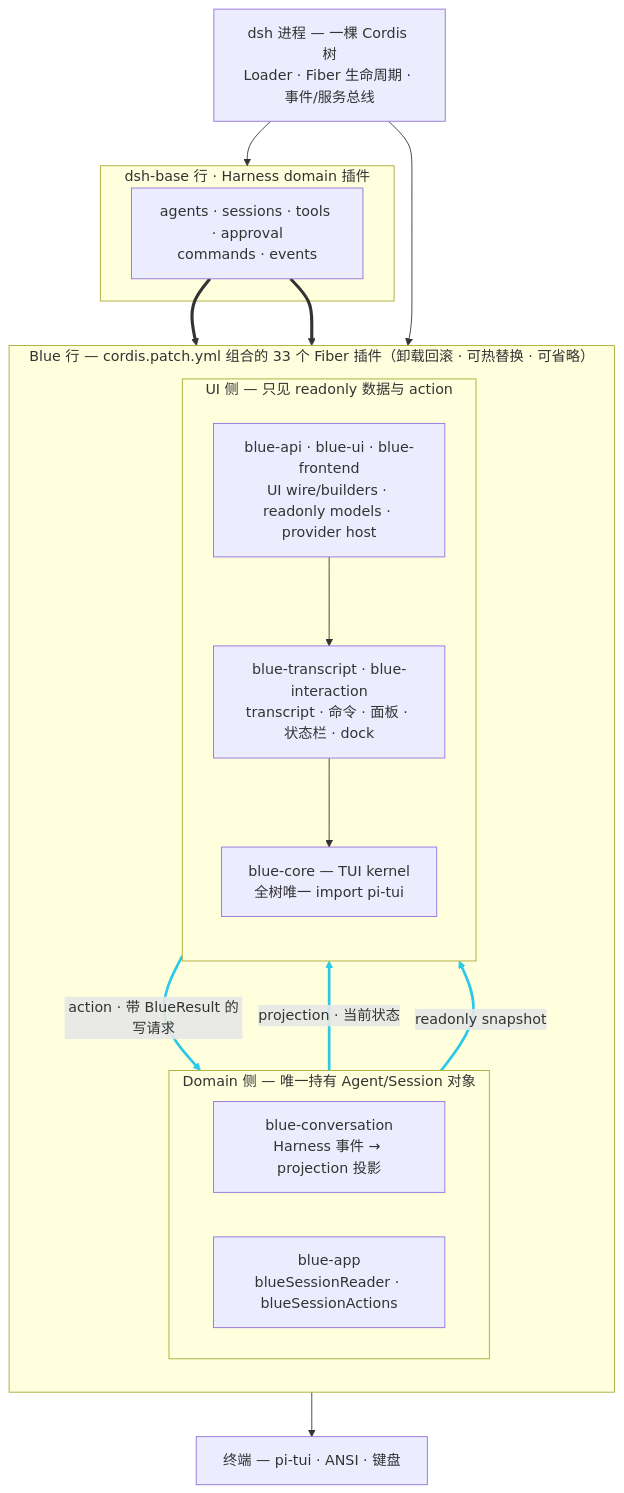
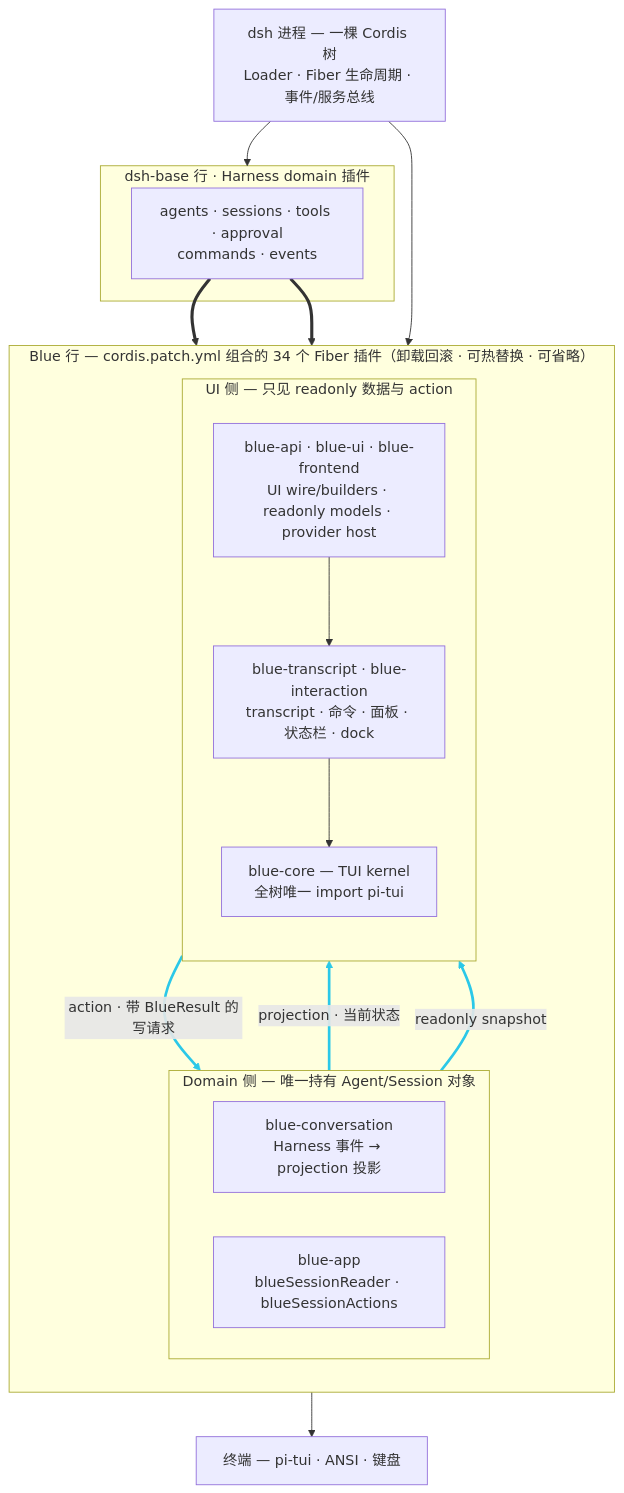
One commit to dsh-blue/blue changed the diagram in docs/diagrams/blue-layers.mmd. Above: the diagram before and after it, drawn with Mermaid. The commit also changed 195 other files, not shown here.

```diff
--- a/docs/diagrams/blue-layers.mmd
+++ b/docs/diagrams/blue-layers.mmd
@@ -1,36 +1,36 @@
 flowchart TB
     ROOT["dsh 进程 — 一棵 Cordis 树<br/>Loader · Fiber 生命周期 · 事件/服务总线"]
 
     subgraph BASE["dsh-base 行 · Harness domain 插件"]
         HAR["agents · sessions · tools · approval<br/>commands · events"]
     end
 
-    subgraph BLUE["Blue 行 — cordis.patch.yml 组合的 33 个 Fiber 插件（卸载回滚 · 可热替换 · 可省略）"]
+    subgraph BLUE["Blue 行 — cordis.patch.yml 组合的 34 个 Fiber 插件（卸载回滚 · 可热替换 · 可省略）"]
         direction TB
         subgraph DOM["Domain 侧 — 唯一持有 Agent/Session 对象"]
             direction LR
             CONV["blue-conversation<br/>Harness 事件 → projection 投影"]
             APP["blue-app<br/>blueSessionReader · blueSessionActions"]
         end
         subgraph UI["UI 侧 — 只见 readonly 数据与 action"]
             direction TB
             FE["blue-api · blue-ui · blue-frontend<br/>UI wire/builders · readonly models · provider host"]
             ADP["blue-transcript · blue-interaction<br/>transcript · 命令 · 面板 · 状态栏 · dock"]
             KRN["blue-core — TUI kernel<br/>全树唯一 import pi-tui"]
             FE --> ADP
             ADP --> KRN
         end
         CONV -- "projection · 当前状态" --> FE
         APP -- "readonly snapshot" --> FE
         UI -- "action · 带 BlueResult 的写请求" --> DOM
     end
 
     TERM["终端 — pi-tui · ANSI · 键盘"]
 
     ROOT --> BASE
     ROOT --> BLUE
     HAR ==> CONV
     HAR ==> APP
     KRN --> TERM
 
     linkStyle 2,3,4 stroke:#2bc8e8,stroke-width:3px
```
